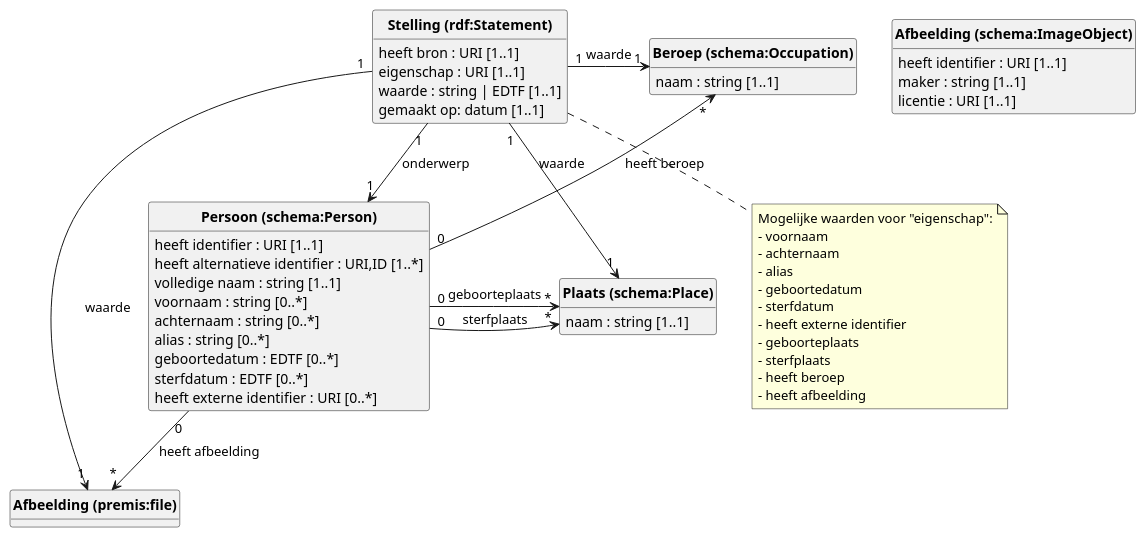
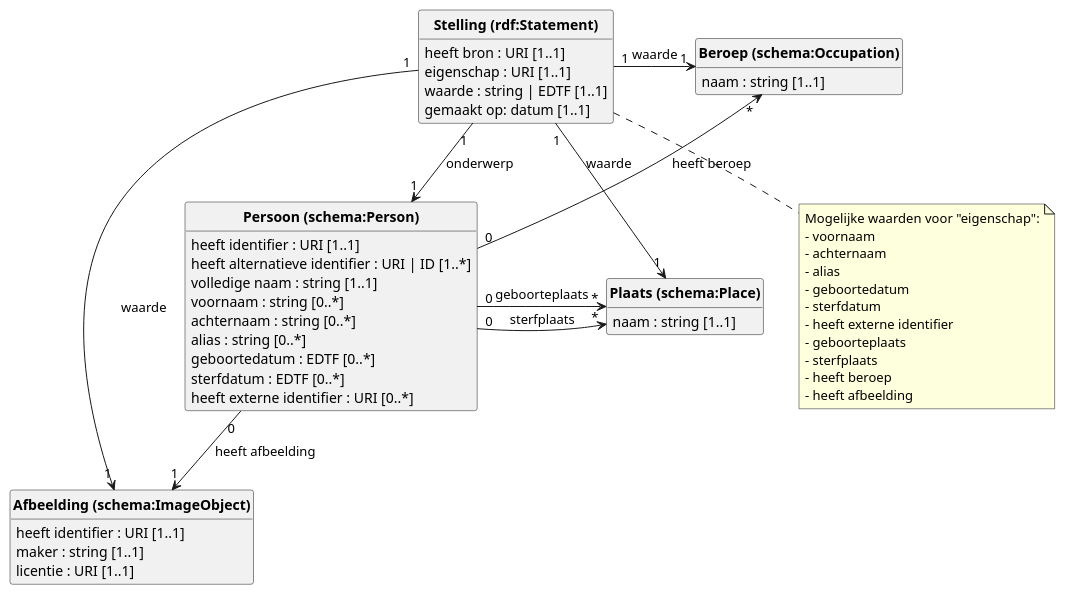
The diagram in datamodel/diagram.puml (viaacode/visual-name-authority-project), drawn with PlantUML before and after one commit.

Commit message:
person has just one picture

```diff
--- a/datamodel/diagram.puml
+++ b/datamodel/diagram.puml
@@ -1,62 +1,62 @@
 @startuml
 class "<b>Persoon (schema:Person)</b>" {
     heeft identifier : URI [1..1]
-    heeft alternatieve identifier : URI,ID [1..*]
+    heeft alternatieve identifier : URI | ID [1..*]
     volledige naam : string [1..1]
     voornaam : string [0..*]
     achternaam : string [0..*]
     alias : string [0..*]
     geboortedatum : EDTF [0..*]
     sterfdatum : EDTF [0..*]
     heeft externe identifier : URI [0..*]
 }
 
 class "<b>Plaats (schema:Place)</b>" {
     naam : string [1..1]
 }
 
 class "<b>Beroep (schema:Occupation)</b>" {
     naam : string [1..1]
 }
 
 class "<b>Afbeelding (schema:ImageObject)</b>" {
     heeft identifier : URI [1..1]
     maker : string [1..1]
     licentie : URI [1..1]  
 }
 
 "<b>Persoon (schema:Person)</b>" "0" -> "*" "<b>Plaats (schema:Place)</b>" : geboorteplaats
 "<b>Persoon (schema:Person)</b>" "0" -> "*" "<b>Plaats (schema:Place)</b>" : sterfplaats
 "<b>Beroep (schema:Occupation)</b>" "*" <-- "0" "<b>Persoon (schema:Person)</b>": heeft beroep
-"<b>Persoon (schema:Person)</b>" "0" --> "*" "<b>Afbeelding (premis:file)</b>": heeft afbeelding
+"<b>Persoon (schema:Person)</b>" "0" --> "1" "<b>Afbeelding (schema:ImageObject)</b>": heeft afbeelding
 
 class "<b>Stelling (rdf:Statement)</b>"{
     heeft bron : URI [1..1]
     eigenschap : URI [1..1]
     waarde : string | EDTF [1..1]
     gemaakt op: datum [1..1]
 }
 note bottom of "<b>Stelling (rdf:Statement)</b>"
     Mogelijke waarden voor "eigenschap":
     - voornaam
     - achternaam
     - alias
     - geboortedatum
     - sterfdatum
     - heeft externe identifier
     - geboorteplaats
     - sterfplaats
     - heeft beroep
     - heeft afbeelding
 end note
 
  
 
 "<b>Stelling (rdf:Statement)</b>" "1" -> "1" "<b>Persoon (schema:Person)</b>" : onderwerp
 "<b>Stelling (rdf:Statement)</b>" "1" -> "1" "<b>Plaats (schema:Place)</b>" : waarde
 "<b>Stelling (rdf:Statement)</b>" "1" -> "1" "<b>Beroep (schema:Occupation)</b>": waarde
-"<b>Stelling (rdf:Statement)</b>" "1" -> "1" "<b>Afbeelding (premis:file)</b>": waarde
+"<b>Stelling (rdf:Statement)</b>" "1" -> "1" "<b>Afbeelding (schema:ImageObject)</b>": waarde
 
 hide circle
 hide methods
 @enduml
```
